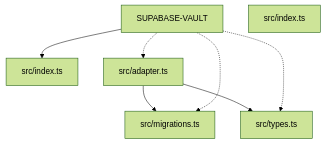
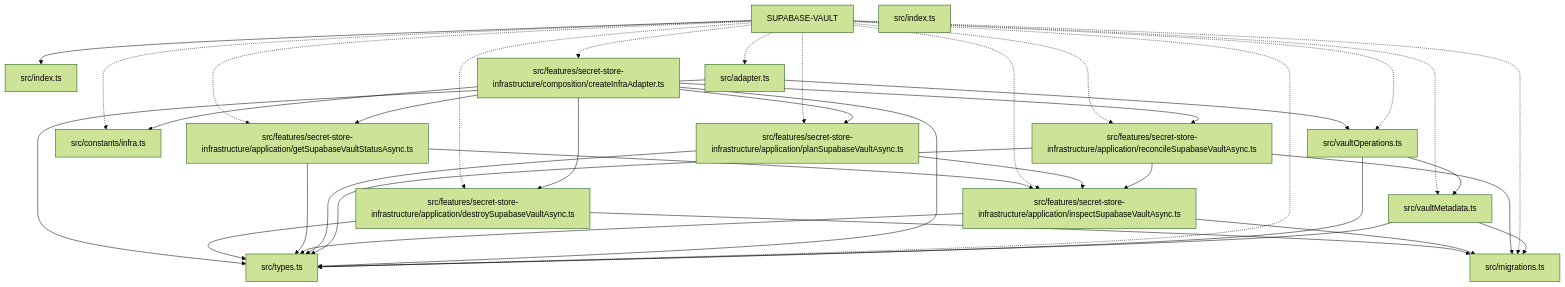
One commit to ankhorage/supabase-vault changed the diagram in docs/diagrams/architecture-overview.mmd. Above: the diagram before and after it, drawn with Mermaid (forest theme). The commit also changed 21 other files, not shown here.

Commit message:
feat: add supabase vault infra lifecycle (#74)

```diff
--- a/docs/diagrams/architecture-overview.mmd
+++ b/docs/diagrams/architecture-overview.mmd
@@ -1,13 +1,52 @@
 graph TD
   package__ankhorage_supabase_vault["SUPABASE-VAULT"]
   entrypoint_src_index_ts["src/index.ts"]
   package__ankhorage_supabase_vault --> entrypoint_src_index_ts
   module_src_adapter_ts["src/adapter.ts"]
   package__ankhorage_supabase_vault -.-> module_src_adapter_ts
-  module_src_adapter_ts --> module_src_migrations_ts
   module_src_adapter_ts --> module_src_types_ts
+  module_src_adapter_ts --> module_src_vaultOperations_ts
+  module_src_constants_infra_ts["src/constants/infra.ts"]
+  package__ankhorage_supabase_vault -.-> module_src_constants_infra_ts
+  module_src_features_secret_store_infrastructure_application_destroySupabaseVaultAsync_ts["src/features/secret-store-infrastructure/application/destroySupabaseVaultAsync.ts"]
+  package__ankhorage_supabase_vault -.-> module_src_features_secret_store_infrastructure_application_destroySupabaseVaultAsync_ts
+  module_src_features_secret_store_infrastructure_application_destroySupabaseVaultAsync_ts --> module_src_migrations_ts
+  module_src_features_secret_store_infrastructure_application_destroySupabaseVaultAsync_ts --> module_src_types_ts
+  module_src_features_secret_store_infrastructure_application_getSupabaseVaultStatusAsync_ts["src/features/secret-store-infrastructure/application/getSupabaseVaultStatusAsync.ts"]
+  package__ankhorage_supabase_vault -.-> module_src_features_secret_store_infrastructure_application_getSupabaseVaultStatusAsync_ts
+  module_src_features_secret_store_infrastructure_application_getSupabaseVaultStatusAsync_ts --> module_src_features_secret_store_infrastructure_application_inspectSupabaseVaultAsync_ts
+  module_src_features_secret_store_infrastructure_application_getSupabaseVaultStatusAsync_ts --> module_src_types_ts
+  module_src_features_secret_store_infrastructure_application_inspectSupabaseVaultAsync_ts["src/features/secret-store-infrastructure/application/inspectSupabaseVaultAsync.ts"]
+  package__ankhorage_supabase_vault -.-> module_src_features_secret_store_infrastructure_application_inspectSupabaseVaultAsync_ts
+  module_src_features_secret_store_infrastructure_application_inspectSupabaseVaultAsync_ts --> module_src_migrations_ts
+  module_src_features_secret_store_infrastructure_application_inspectSupabaseVaultAsync_ts --> module_src_types_ts
+  module_src_features_secret_store_infrastructure_application_planSupabaseVaultAsync_ts["src/features/secret-store-infrastructure/application/planSupabaseVaultAsync.ts"]
+  package__ankhorage_supabase_vault -.-> module_src_features_secret_store_infrastructure_application_planSupabaseVaultAsync_ts
+  module_src_features_secret_store_infrastructure_application_planSupabaseVaultAsync_ts --> module_src_features_secret_store_infrastructure_application_inspectSupabaseVaultAsync_ts
+  module_src_features_secret_store_infrastructure_application_planSupabaseVaultAsync_ts --> module_src_types_ts
+  module_src_features_secret_store_infrastructure_application_reconcileSupabaseVaultAsync_ts["src/features/secret-store-infrastructure/application/reconcileSupabaseVaultAsync.ts"]
+  package__ankhorage_supabase_vault -.-> module_src_features_secret_store_infrastructure_application_reconcileSupabaseVaultAsync_ts
+  module_src_features_secret_store_infrastructure_application_reconcileSupabaseVaultAsync_ts --> module_src_features_secret_store_infrastructure_application_inspectSupabaseVaultAsync_ts
+  module_src_features_secret_store_infrastructure_application_reconcileSupabaseVaultAsync_ts --> module_src_migrations_ts
+  module_src_features_secret_store_infrastructure_application_reconcileSupabaseVaultAsync_ts --> module_src_types_ts
+  module_src_features_secret_store_infrastructure_composition_createInfraAdapter_ts["src/features/secret-store-infrastructure/composition/createInfraAdapter.ts"]
+  package__ankhorage_supabase_vault -.-> module_src_features_secret_store_infrastructure_composition_createInfraAdapter_ts
+  module_src_features_secret_store_infrastructure_composition_createInfraAdapter_ts --> module_src_constants_infra_ts
+  module_src_features_secret_store_infrastructure_composition_createInfraAdapter_ts --> module_src_features_secret_store_infrastructure_application_destroySupabaseVaultAsync_ts
+  module_src_features_secret_store_infrastructure_composition_createInfraAdapter_ts --> module_src_features_secret_store_infrastructure_application_getSupabaseVaultStatusAsync_ts
+  module_src_features_secret_store_infrastructure_composition_createInfraAdapter_ts --> module_src_features_secret_store_infrastructure_application_planSupabaseVaultAsync_ts
+  module_src_features_secret_store_infrastructure_composition_createInfraAdapter_ts --> module_src_features_secret_store_infrastructure_application_reconcileSupabaseVaultAsync_ts
+  module_src_features_secret_store_infrastructure_composition_createInfraAdapter_ts --> module_src_types_ts
   module_src_index_ts["src/index.ts"]
   module_src_migrations_ts["src/migrations.ts"]
   package__ankhorage_supabase_vault -.-> module_src_migrations_ts
   module_src_types_ts["src/types.ts"]
   package__ankhorage_supabase_vault -.-> module_src_types_ts
+  module_src_vaultMetadata_ts["src/vaultMetadata.ts"]
+  package__ankhorage_supabase_vault -.-> module_src_vaultMetadata_ts
+  module_src_vaultMetadata_ts --> module_src_migrations_ts
+  module_src_vaultMetadata_ts --> module_src_types_ts
+  module_src_vaultOperations_ts["src/vaultOperations.ts"]
+  package__ankhorage_supabase_vault -.-> module_src_vaultOperations_ts
+  module_src_vaultOperations_ts --> module_src_types_ts
+  module_src_vaultOperations_ts --> module_src_vaultMetadata_ts
```
